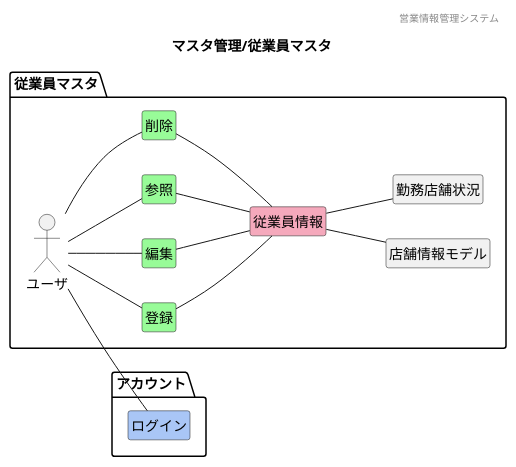
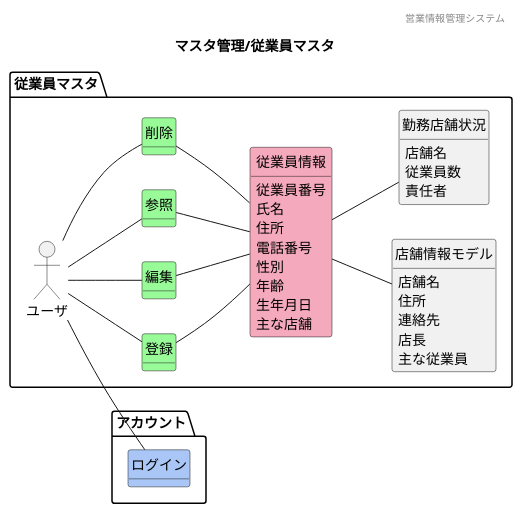
Before and after one commit to HaruShim/Sotuken: the diagram in 各種設計書/1ドメインモデル図/マスタ管理/F01従業員マスタ.plantuml, drawn with PlantUML. The commit also changed 2 other files, not shown here.

```diff
--- a/各種設計書/1ドメインモデル図/マスタ管理/F01従業員マスタ.plantuml
+++ b/各種設計書/1ドメインモデル図/マスタ管理/F01従業員マスタ.plantuml
@@ -1,62 +1,62 @@
 @startuml images/マスタ管理/従業員マスタ
 ' ヘッダー
 header 営業情報管理システム
 ' タイトル
 title マスタ管理/従業員マスタ
 ' 
 hide circle
 ' 
 hide method
-hide members
+' hide members
 left to right direction
 
 package "アカウント"{
     class "ログイン" #A9C6F6
 }
 
 package "従業員マスタ"{
     mix_actor "ユーザ"
     class "登録" #98fb98
     class "編集" #98fb98
     class "参照" #98fb98
     class "削除" #98fb98
     class "従業員情報" #F5A9BC
     class "店舗情報モデル"
     class "勤務店舗状況"
 
     ユーザ -- 参照
     ユーザ -- 登録
     ユーザ -- 編集
     ユーザ -- 削除
     参照 -- 従業員情報
     登録 -- 従業員情報
     編集 -- 従業員情報
     削除 -- 従業員情報
     従業員情報 -- 店舗情報モデル
     従業員情報 -- 勤務店舗状況
 
     従業員情報 : 従業員番号
     従業員情報 : 氏名
     従業員情報 : 住所
     従業員情報 : 電話番号
     従業員情報 : 性別
     従業員情報 : 年齢
     従業員情報 : 生年月日
     従業員情報 : 主な店舗
     勤務店舗状況 : 店舗名
     勤務店舗状況 : 従業員数
     勤務店舗状況 : 責任者
     店舗情報モデル : 店舗名
     店舗情報モデル : 住所
     店舗情報モデル : 連絡先
     店舗情報モデル : 店長
     店舗情報モデル : 主な従業員
 }
 
 ユーザ -- ログイン
 
 
 
 
 
 @enduml
```
